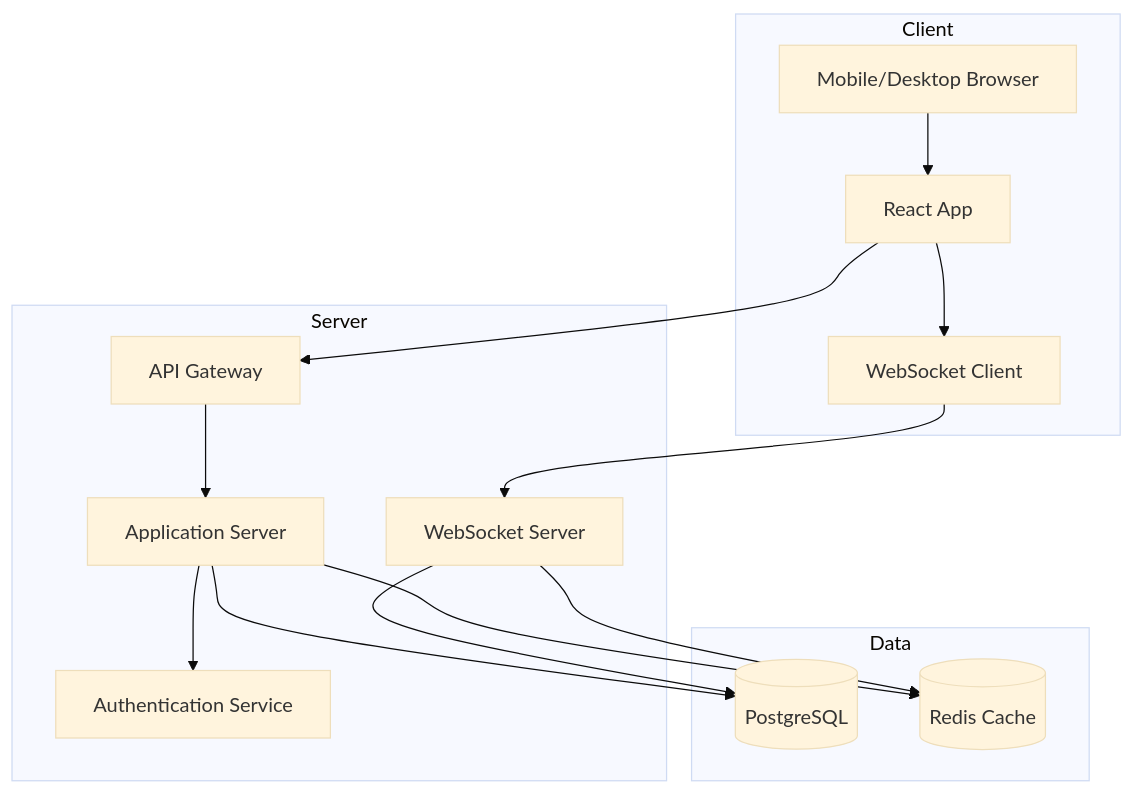
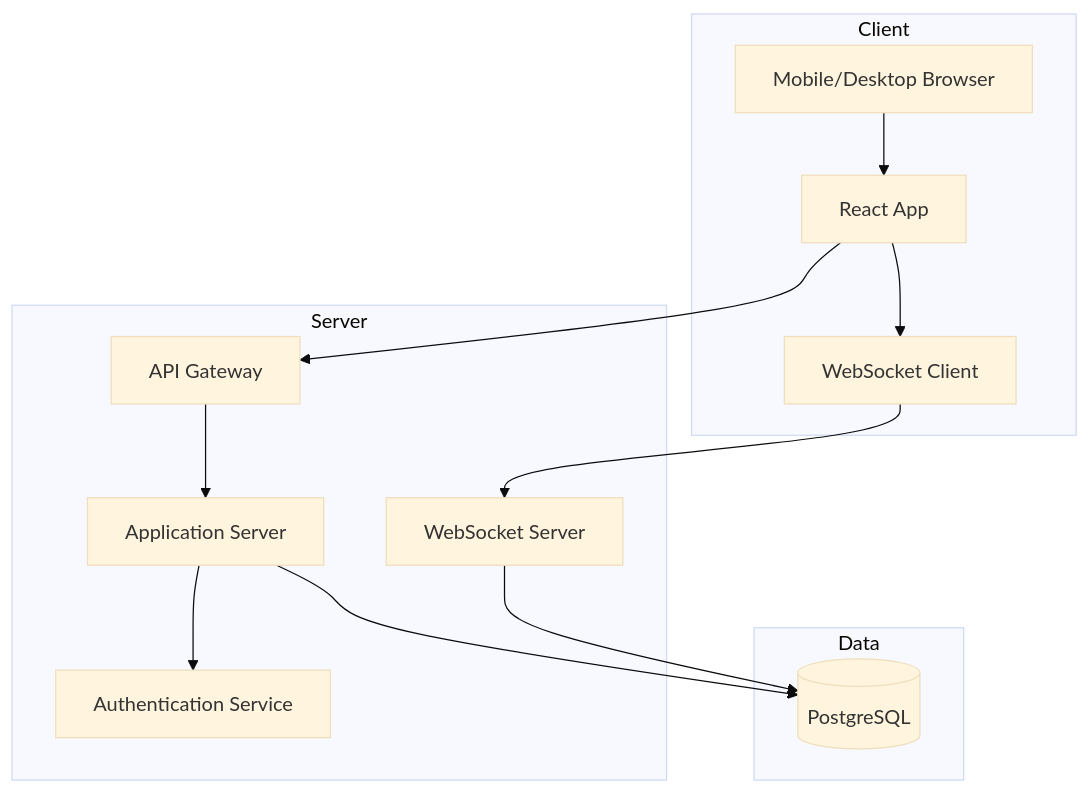
One commit to surratt-dev/dipstick changed the fourth of 4 diagrams in docs/engineering-health-check-brd.md. Above: the diagram before and after it, drawn with Mermaid (base theme). The commit also changed other lines of this file and 1 other file, not shown here.

Commit message:
revisions to documents

````diff
--- a/docs/engineering-health-check-brd.md
+++ b/docs/engineering-health-check-brd.md
@@ -543,31 +543,28 @@
 ```mermaid
 graph TB
     subgraph Client
         A[Mobile/Desktop Browser]
         B[React App]
         C[WebSocket Client]
     end
     
     subgraph Server
         D[API Gateway]
         E[WebSocket Server]
         F[Application Server]
         G[Authentication Service]
     end
     
     subgraph Data
         H[(PostgreSQL)]
-        I[(Redis Cache)]
     end
     
     A --> B
     B --> C
     C --> E
     B --> D
     D --> F
     F --> G
     F --> H
-    F --> I
-    E --> I
     E --> H
 ```
````
